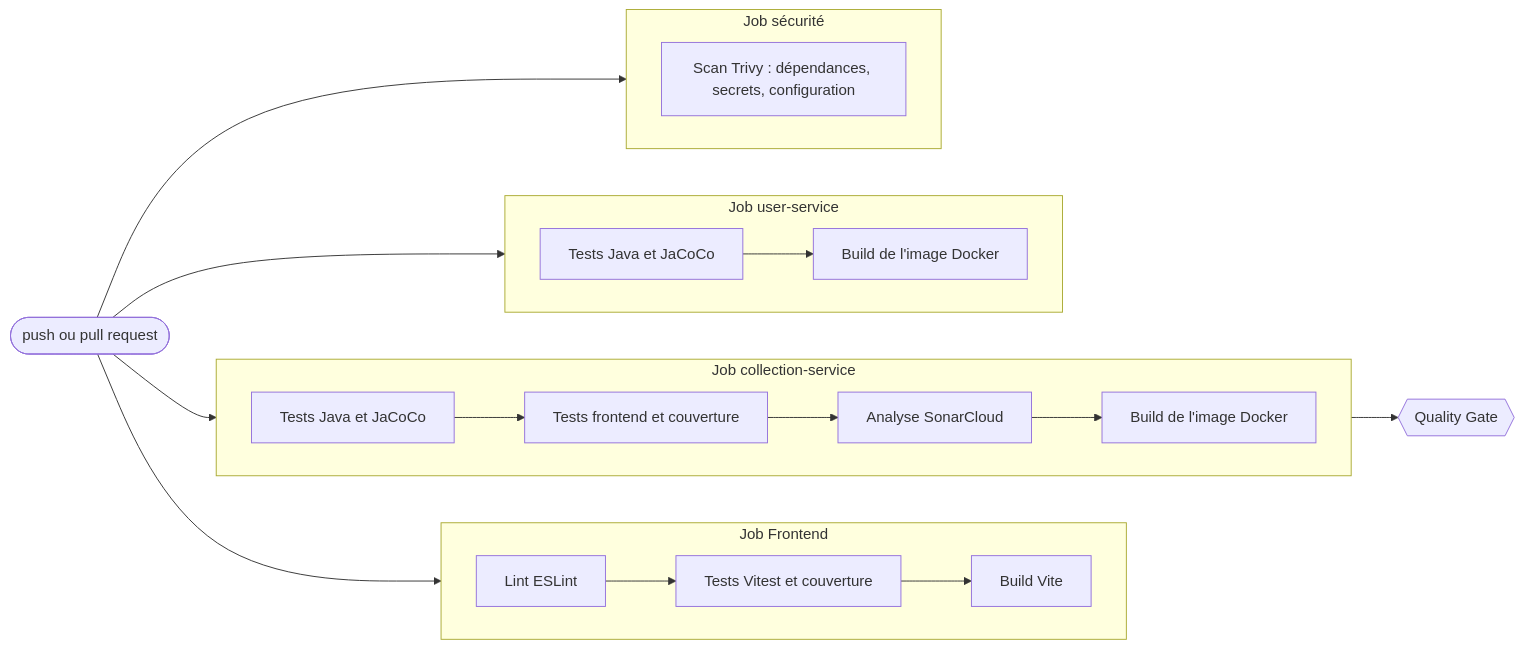
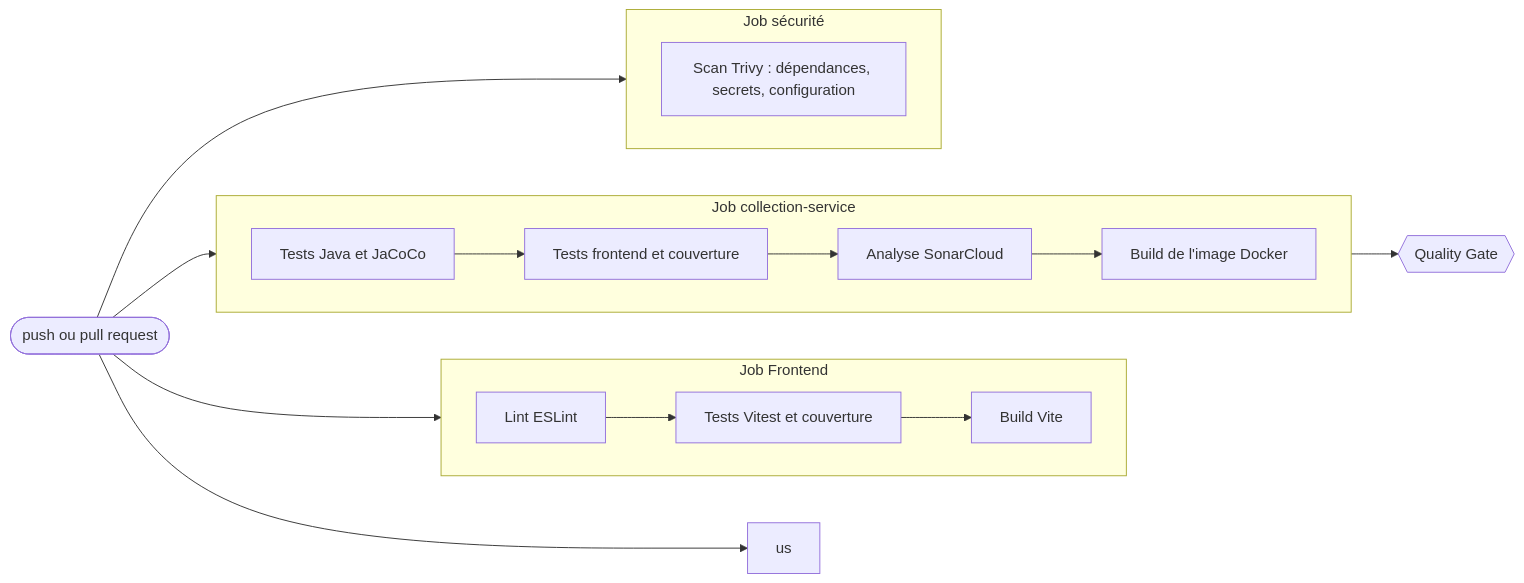
The diagram in docs/tests.md (WALAAHAJJ/collector-indiv), drawn with Mermaid before and after one commit. The commit also changed other lines of this file and 5 other files, not shown here.

First line of the commit message:
docs: authentification Keycloak, retrait du user-service et comparaison des solutions

````diff
--- a/docs/tests.md
+++ b/docs/tests.md
@@ -24,30 +24,25 @@
 ```mermaid
 flowchart LR
     push(["push ou pull request"])
 
     subgraph fe["Job Frontend"]
         direction LR
         f1["Lint ESLint"] --> f2["Tests Vitest et couverture"] --> f3["Build Vite"]
     end
 
     subgraph cs["Job collection-service"]
         direction LR
         c1["Tests Java et JaCoCo"] --> c2["Tests frontend et couverture"] --> c3["Analyse SonarCloud"] --> c4["Build de l'image Docker"]
     end
 
-    subgraph us["Job user-service"]
-        direction LR
-        u1["Tests Java et JaCoCo"] --> u2["Build de l'image Docker"]
-    end
-
     subgraph sec["Job sécurité"]
         direction LR
         s1["Scan Trivy : dépendances, secrets, configuration"]
     end
 
     push --> fe
     push --> cs
     push --> us
     push --> sec
     c3 --> gate{{"Quality Gate"}}
 ```
````
